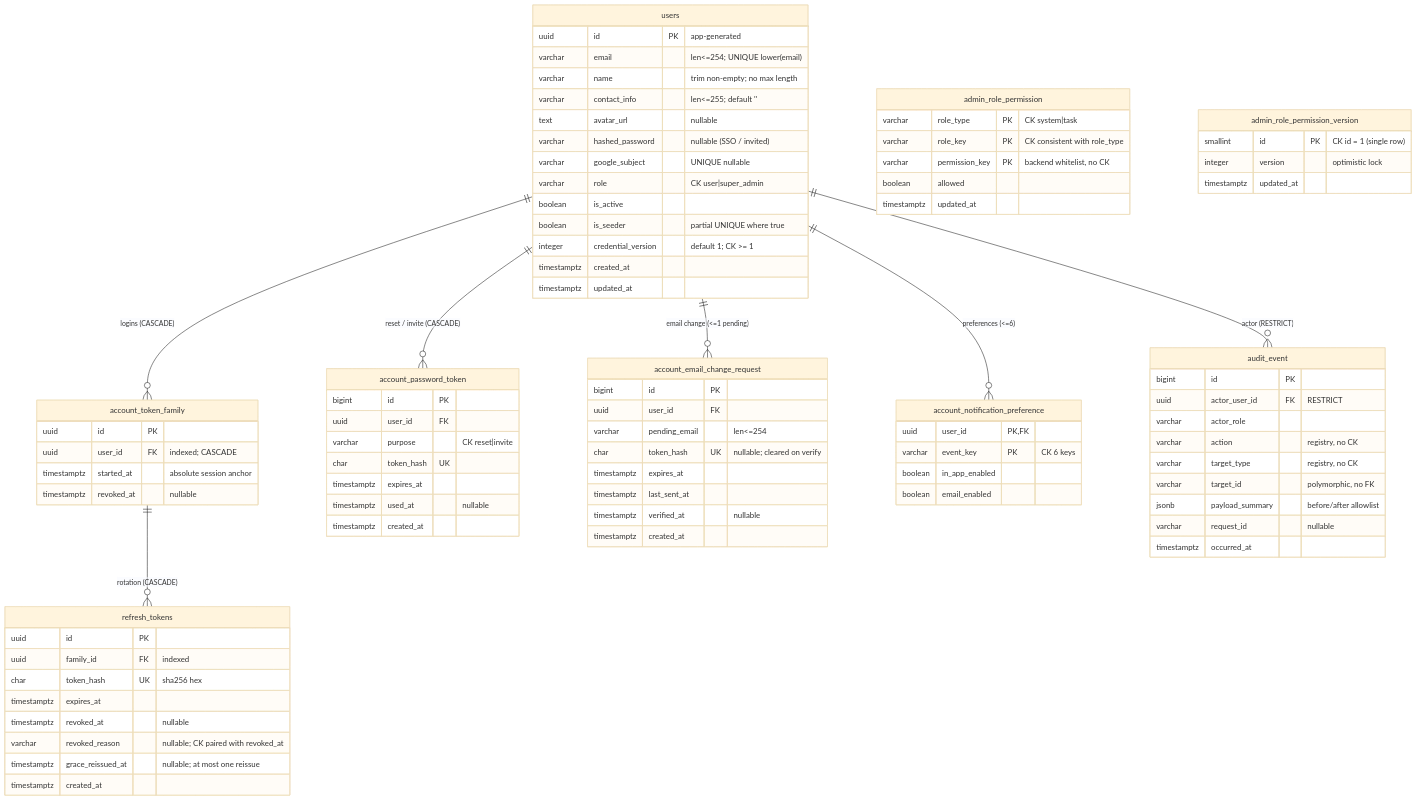
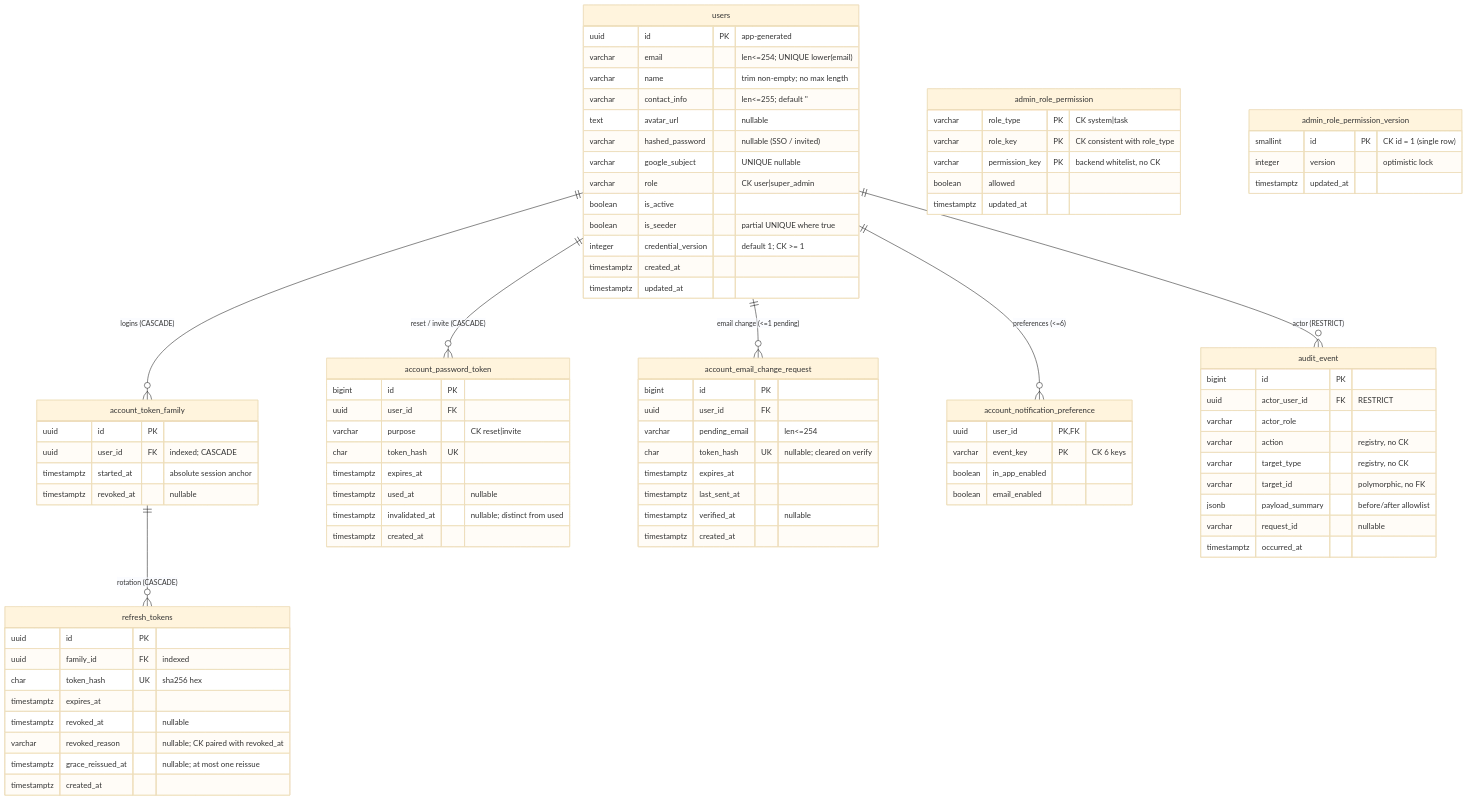
The diagram in docs/diagrams/architecture/account-admin-db-schema.md (singyichen/label-suite), drawn with Mermaid (base theme) before and after one commit. The commit also changed other lines of this file and 5 other files, not shown here.

First line of the commit message:
docs: synchronize candidate schema and NoteCraft ER view

```diff
--- a/docs/diagrams/architecture/account-admin-db-schema.md
+++ b/docs/diagrams/architecture/account-admin-db-schema.md
@@ -71,6 +74,7 @@
         char token_hash UK
         timestamptz expires_at
         timestamptz used_at "nullable"
+        timestamptz invalidated_at "nullable; distinct from used"
         timestamptz created_at
     }
     account_email_change_request {
```
